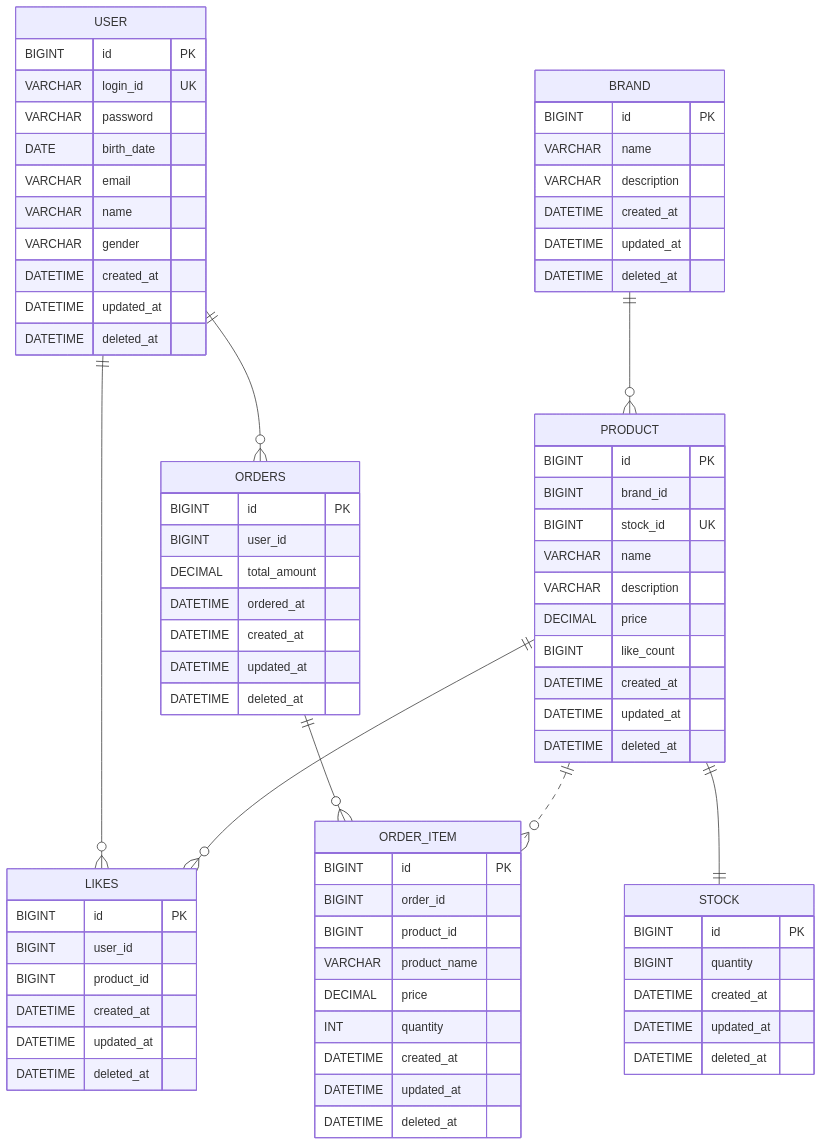
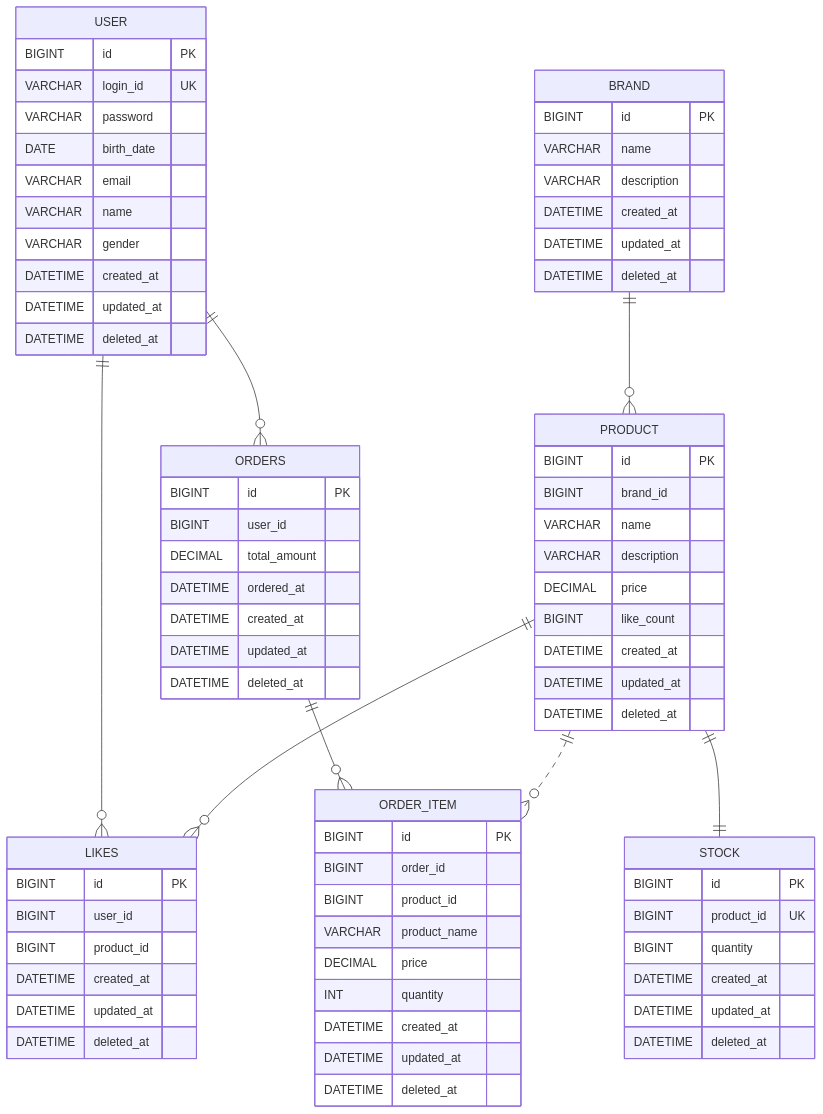
The diagram in docs/week2/04-erd.md (loopers-labs/loop-pack-be-l2-vol4-java), drawn with Mermaid before and after one commit. The commit also changed 2 other files, not shown here.

Commit message:
docs(week2): Product-Stock 관계를 단방향으로 변경
Product 조회 시 N+1 이슈와 불필요한 연관 로딩을 방지하기 위해
양방향 관계(Product ↔ Stock)를 Stock → Product 단방향으로 재설계.
Product 클래스에서 stock 필드를 제거하고, 관계 표기를
'Product "1" -- "1" Stock' → 'Stock --> Product' 로 수정.

```diff
--- a/docs/week2/04-erd.md
+++ b/docs/week2/04-erd.md
@@ -35,7 +35,6 @@
     PRODUCT {
         BIGINT   id          PK
         BIGINT   brand_id
-        BIGINT   stock_id    UK
         VARCHAR  name
         VARCHAR  description
         DECIMAL  price
@@ -47,6 +46,7 @@
 
     STOCK {
         BIGINT   id          PK
+        BIGINT   product_id  UK
         BIGINT   quantity
         DATETIME created_at
         DATETIME updated_at
```
